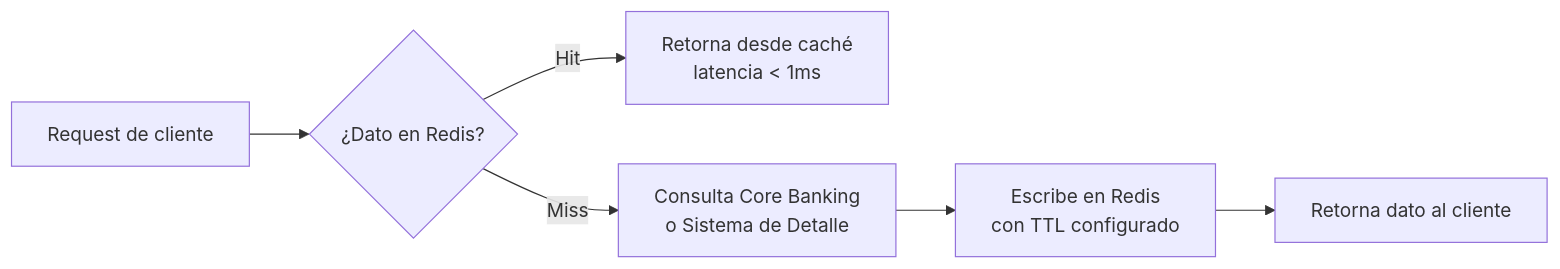
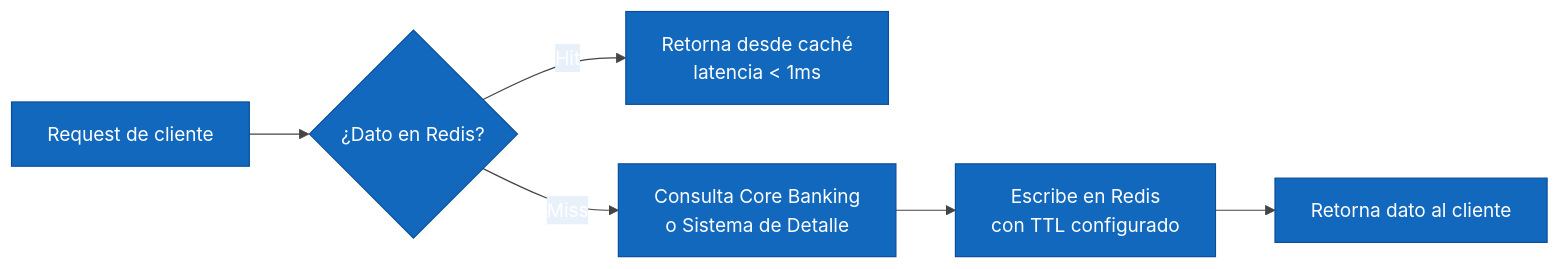
Before and after one commit to DavidVique1998/CV: the eighth of 11 diagrams in docs/origin/BP_BANKING_ARCHITECTURE.md, drawn with Mermaid. The commit also changed other lines of this file and 1 other file, not shown here.

First line of the commit message:
docs: fix C4 diagrams layout — remove direction LR, re-export PDF

````diff
--- a/docs/origin/BP_BANKING_ARCHITECTURE.md
+++ b/docs/origin/BP_BANKING_ARCHITECTURE.md
@@ -306,8 +316,9 @@
 ```mermaid
+%%{init: {'theme': 'base', 'themeVariables': {'primaryColor': '#1168bd', 'primaryTextColor': '#ffffff', 'primaryBorderColor': '#0b4e99', 'lineColor': '#444444', 'secondaryColor': '#e8f0fa', 'tertiaryColor': '#f0f0f0'}}}%%
 flowchart LR
     A[Request de cliente] --> B{¿Dato en Redis?}
     B -- Hit --> C[Retorna desde caché\nlatencia < 1ms]
     B -- Miss --> D[Consulta Core Banking\no Sistema de Detalle]
     D --> E[Escribe en Redis\ncon TTL configurado]
     E --> F[Retorna dato al cliente]
 ```
````
